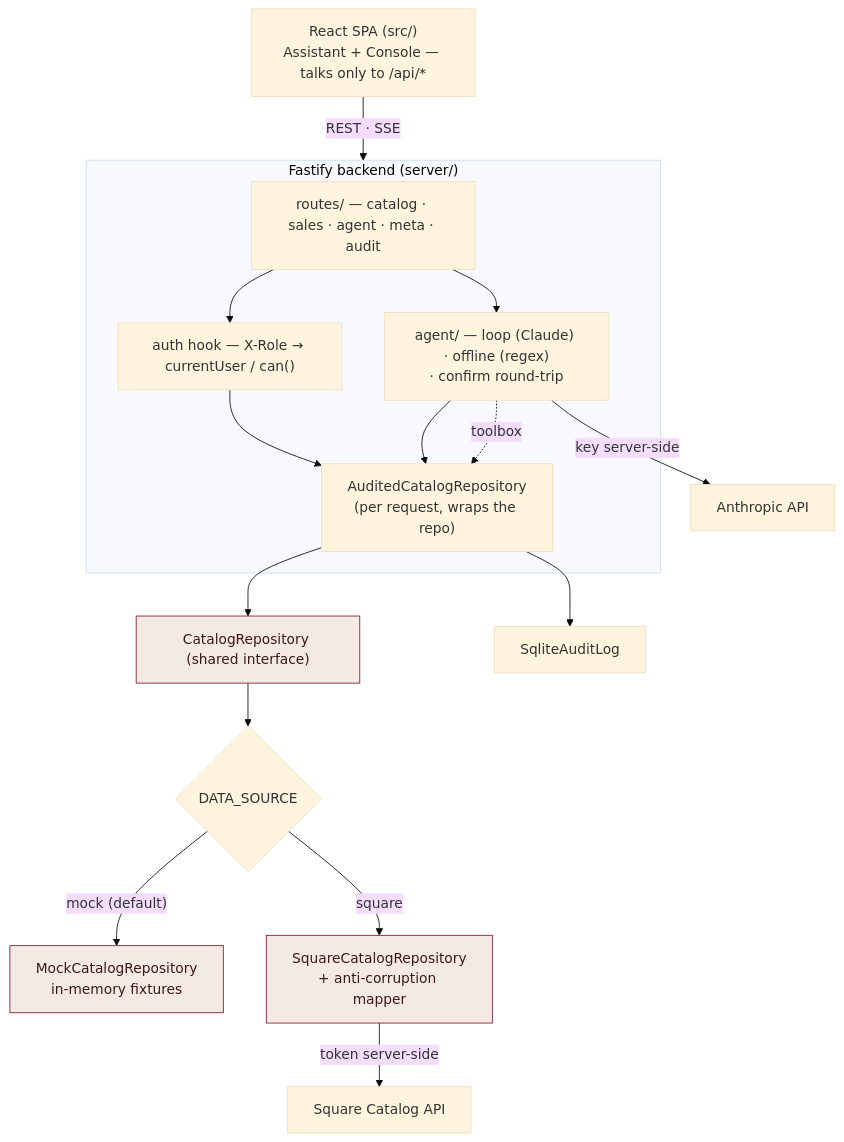
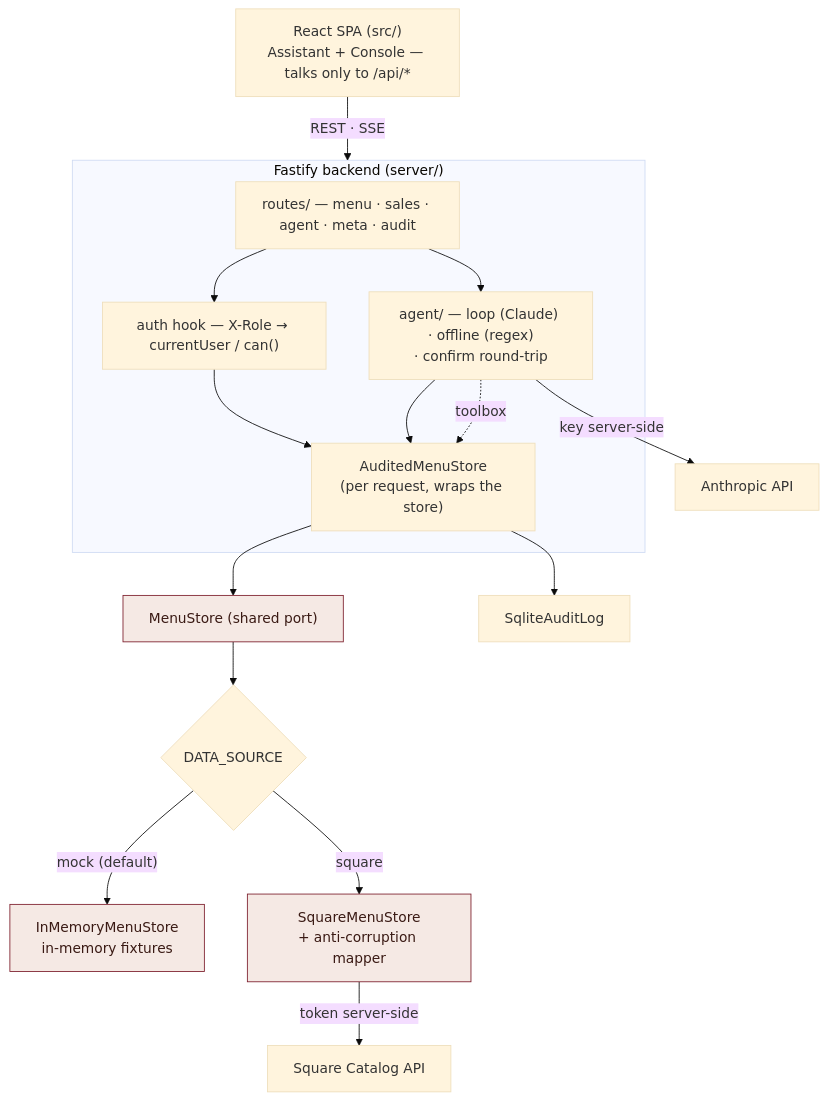
One commit to daniel-citrus/CapheVietPOS changed the first of 5 diagrams in ARCHITECTURE.md. Above: the diagram before and after it, drawn with Mermaid (base theme). The commit also changed other lines of this file and 49 other files, not shown here.

````diff
--- a/ARCHITECTURE.md
+++ b/ARCHITECTURE.md
@@ -55,29 +55,29 @@
 ```mermaid
 flowchart TD
   BROWSER["React SPA (src/)<br/>Assistant + Console — talks only to /api/*"]
   BROWSER -->|"REST · SSE"| API
 
   subgraph API["Fastify backend (server/)"]
-    ROUTES["routes/ — catalog · sales · agent · meta · audit"]
+    ROUTES["routes/ — menu · sales · agent · meta · audit"]
     AUTH["auth hook — X-Role → currentUser / can()"]
-    AUDITED["AuditedCatalogRepository<br/>(per request, wraps the repo)"]
+    AUDITED["AuditedMenuStore<br/>(per request, wraps the store)"]
     AGENT["agent/ — loop (Claude) · offline (regex)<br/>· confirm round-trip"]
     ROUTES --> AUTH --> AUDITED
     ROUTES --> AGENT --> AUDITED
   end
 
-  AUDITED --> REPO
+  AUDITED --> PORT
   AGENT -. "toolbox" .-> AUDITED
 
-  REPO["CatalogRepository (shared interface)"]
-  REPO --> SEL{"DATA_SOURCE"}
-  SEL -->|"mock (default)"| MOCK["MockCatalogRepository<br/>in-memory fixtures"]
-  SEL -->|"square"| SQ["SquareCatalogRepository<br/>+ anti-corruption mapper"]
+  PORT["MenuStore (shared port)"]
+  PORT --> SEL{"DATA_SOURCE"}
+  SEL -->|"mock (default)"| MEM["InMemoryMenuStore<br/>in-memory fixtures"]
+  SEL -->|"square"| SQ["SquareMenuStore<br/>+ anti-corruption mapper"]
 
   SQ -->|"token server-side"| SQUARE["Square Catalog API"]
   AGENT -->|"key server-side"| ANTHROPIC["Anthropic API"]
   AUDITED --> LOG["SqliteAuditLog"]
 
   classDef seam fill:#f5e9e4,stroke:#7d1f2d,color:#3a1a14;
-  class REPO,MOCK,SQ seam
+  class PORT,MEM,SQ seam
 ```
````
